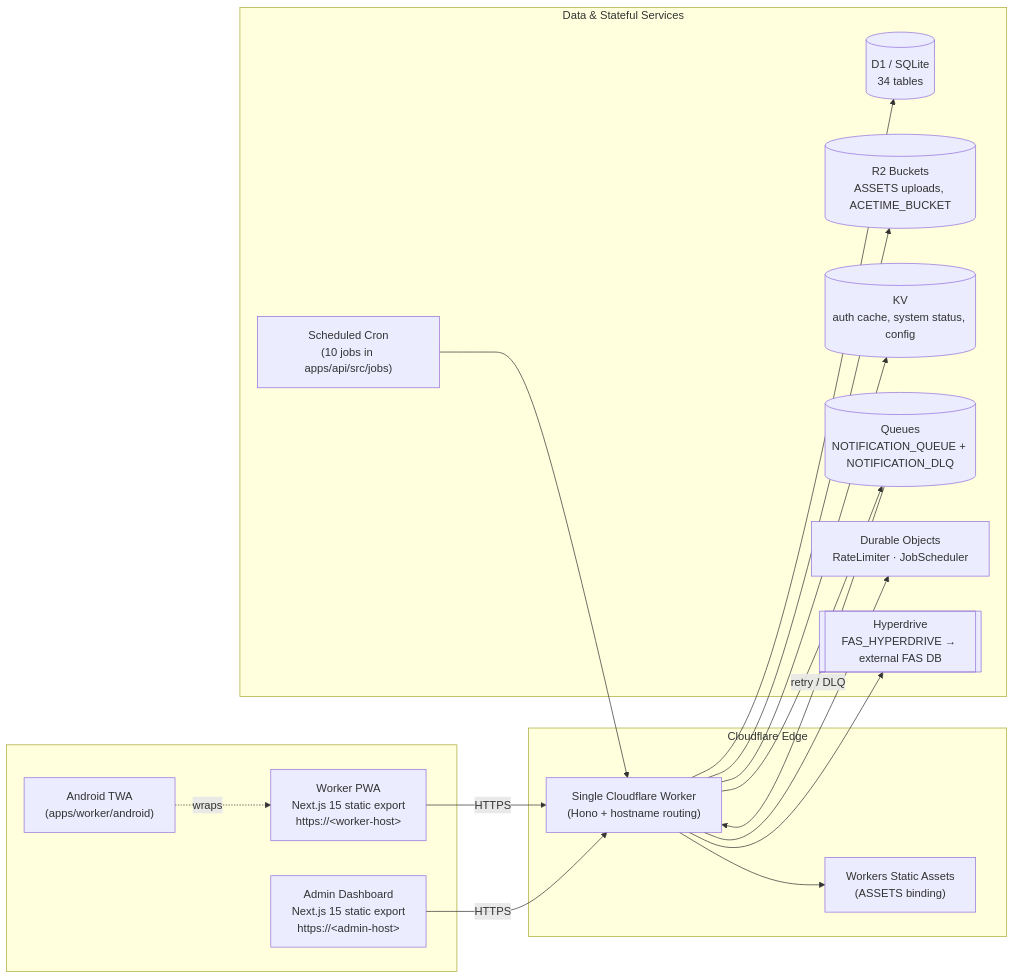
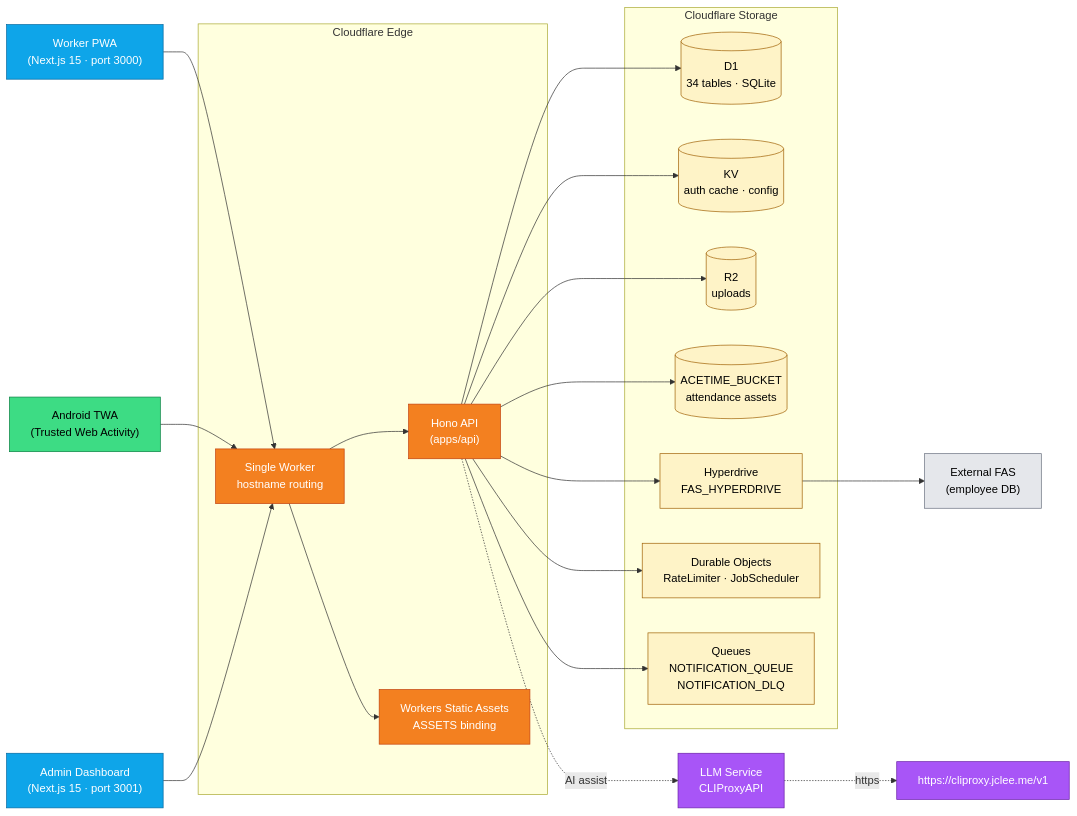
Before and after one commit to jclee941/safetywallet: the first of 2 diagrams in README.md, drawn with Mermaid. The commit also changed other lines of this file, not shown here.

````diff
--- a/README.md
+++ b/README.md
@@ -51,36 +77,48 @@
 ```mermaid
 flowchart LR
-  subgraph Clients[" "]
-    WPWA["Worker PWA<br/>Next.js 15 static export<br/>https://&lt;worker-host&gt;"]
-    ASPA["Admin Dashboard<br/>Next.js 15 static export<br/>https://&lt;admin-host&gt;"]
-    TWA["Android TWA<br/>(apps/worker/android)"]
-  end
+    Worker["Worker PWA<br/>(Next.js 15 · port 3000)"]:::frontend
+    Android["Android TWA<br/>(Trusted Web Activity)"]:::mobile
+    Admin["Admin Dashboard<br/>(Next.js 15 · port 3001)"]:::frontend
 
-  subgraph Edge["Cloudflare Edge"]
-    CFW["Single Cloudflare Worker<br/>(Hono + hostname routing)"]
-    ASSETS["Workers Static Assets<br/>(ASSETS binding)"]
-  end
+    subgraph CF["Cloudflare Edge"]
+        Router["Single Worker<br/>hostname routing"]:::edge
+        API["Hono API<br/>(apps/api)"]:::edge
+        Assets["Workers Static Assets<br/>ASSETS binding"]:::edge
+    end
 
-  subgraph Data["Data &amp; Stateful Services"]
-    D1[("D1 / SQLite<br/>34 tables")]
-    R2[("R2 Buckets<br/>ASSETS uploads, ACETIME_BUCKET")]
-    KV[("KV<br/>auth cache, system status, config")]
-    Q[("Queues<br/>NOTIFICATION_QUEUE + NOTIFICATION_DLQ")]
-    DO["Durable Objects<br/>RateLimiter · JobScheduler"]
-    HD[["Hyperdrive<br/>FAS_HYPERDRIVE → external FAS DB"]]
-    CRON["Scheduled Cron<br/>(10 jobs in apps/api/src/jobs)"]
-  end
+    subgraph Storage["Cloudflare Storage"]
+        D1[("D1<br/>34 tables · SQLite")]:::store
+        KV[("KV<br/>auth cache · config")]:::store
+        R2[("R2<br/>uploads")]:::store
+        ACETIME[("ACETIME_BUCKET<br/>attendance assets")]:::store
+        HD["Hyperdrive<br/>FAS_HYPERDRIVE"]:::store
+        DO["Durable Objects<br/>RateLimiter · JobScheduler"]:::store
+        Q["Queues<br/>NOTIFICATION_QUEUE<br/>NOTIFICATION_DLQ"]:::store
+    end
 
-  WPWA -->|HTTPS| CFW
-  ASPA -->|HTTPS| CFW
-  TWA -.wraps.-> WPWA
-  CFW --> ASSETS
-  CFW --> D1
-  CFW --> R2
-  CFW --> KV
-  CFW --> Q
-  CFW --> DO
-  CFW --> HD
-  CRON --> CFW
-  Q -->|retry / DLQ| CFW
+    External["External FAS<br/>(employee DB)"]:::external
+    LLMSvc["LLM Service<br/>CLIProxyAPI"]:::llm
+
+    Worker --> Router
+    Android --> Router
+    Admin --> Router
+    Router --> Assets
+    Router --> API
+    API --> D1
+    API --> KV
+    API --> R2
+    API --> ACETIME
+    API --> HD
+    HD --> External
+    API --> DO
+    API --> Q
+    API -. AI assist .-> LLMSvc
+    LLMSvc -. https .-> Proxy["https://cliproxy.jclee.me/v1"]:::llm
+
+    classDef frontend fill:#0ea5e9,color:#fff,stroke:#0369a1
+    classDef mobile fill:#3ddc84,color:#000,stroke:#0a8043
+    classDef edge fill:#f38020,color:#fff,stroke:#c2410c
+    classDef store fill:#fef3c7,color:#000,stroke:#a16207
+    classDef external fill:#e5e7eb,color:#000,stroke:#6b7280
+    classDef llm fill:#a855f7,color:#fff,stroke:#6b21a8
 ```
````
